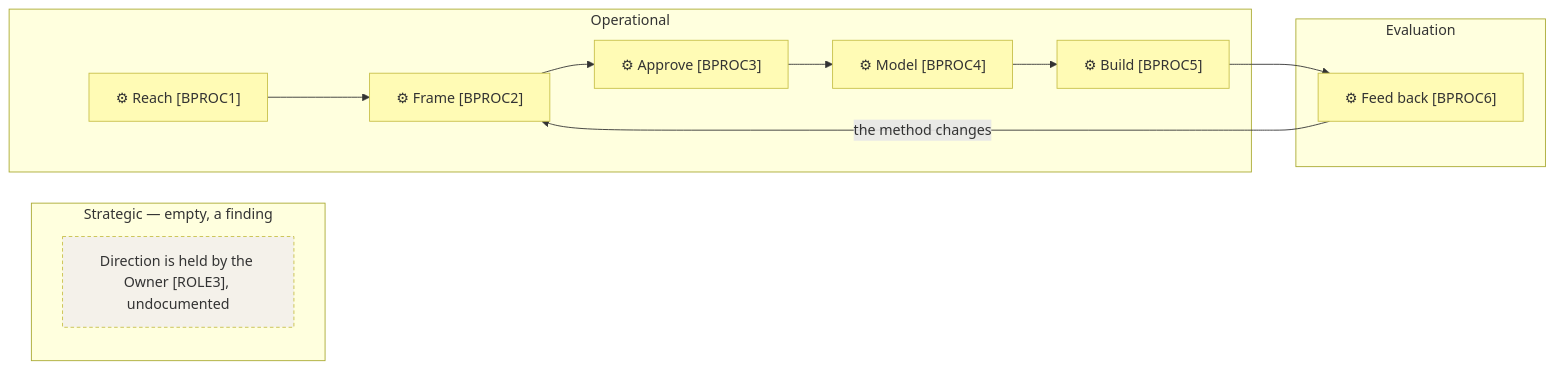
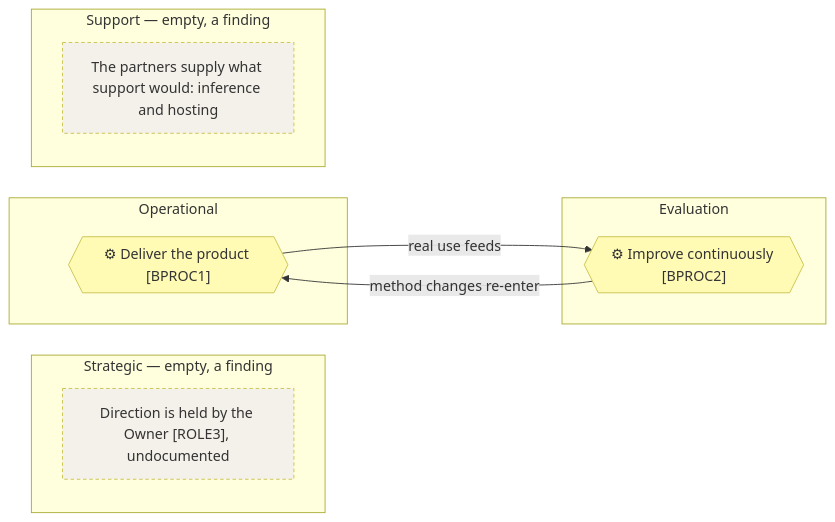
The third of 3 diagrams in org-archreator/architecture/2_business/1_business-architecture.md (roanboc/architecture-archreator), drawn with Mermaid before and after one commit. The commit also changed other lines of this file and 19 other files, not shown here.

````diff
--- a/org-archreator/architecture/2_business/1_business-architecture.md
+++ b/org-archreator/architecture/2_business/1_business-architecture.md
@@ -84,22 +103,21 @@
 ```mermaid
 flowchart LR
   subgraph strategic["Strategic — empty, a finding"]
     sNote["Direction is held by the Owner [ROLE3], undocumented"]:::note
   end
   subgraph operational["Operational"]
-    p1["⚙ Reach [BPROC1]"]:::business
-    p2["⚙ Frame [BPROC2]"]:::business
-    p3["⚙ Approve [BPROC3]"]:::business
-    p4["⚙ Model [BPROC4]"]:::business
-    p5["⚙ Build [BPROC5]"]:::business
+    p1{{"⚙ Deliver the product [BPROC1]"}}:::business
+  end
+  subgraph support["Support — empty, a finding"]
+    supNote["The partners supply what support would: inference and hosting"]:::note
   end
   subgraph evaluation["Evaluation"]
-    p6["⚙ Feed back [BPROC6]"]:::business
+    p2{{"⚙ Improve continuously [BPROC2]"}}:::business
   end
 
-  p1 --> p2 --> p3 --> p4 --> p5 --> p6
-  p6 -->|the method changes| p2
+  p1 -->|real use feeds| p2
+  p2 -->|method changes re-enter| p1
 
   classDef business fill:#fffbb5,stroke:#c8c04a,color:#333
   classDef note fill:#f4f1ea,stroke:#c8c04a,color:#333,stroke-dasharray: 4 3
 ```
````
